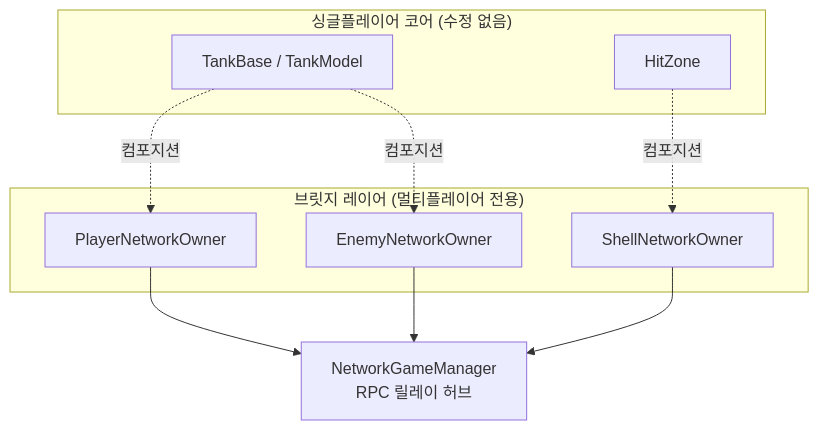
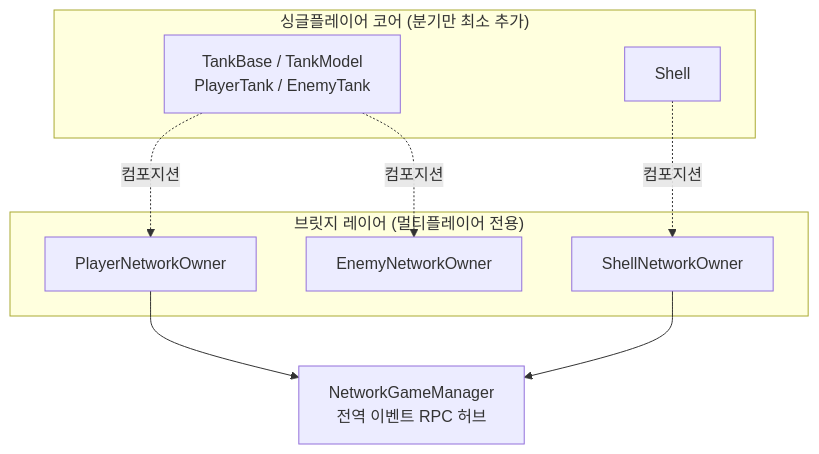
Before and after one commit to gesua/PanzerCity_scripts: the fifth of 9 diagrams in README.md, drawn with Mermaid. The commit also changed other lines of this file, not shown here.

````diff
--- a/README.md
+++ b/README.md
@@ -223,22 +366,21 @@
 ```mermaid
 flowchart TB
-    subgraph SP["싱글플레이어 코어 (수정 없음)"]
-        TankCore["TankBase / TankModel"]
-        HitZone["HitZone"]
+    subgraph SP["싱글플레이어 코어 (분기만 최소 추가)"]
+        TankCore["TankBase / TankModel<br/>PlayerTank / EnemyTank"]
+        ShellCore["Shell"]
     end
 
     subgraph MP["브릿지 레이어 (멀티플레이어 전용)"]
         PNO["PlayerNetworkOwner"]
         ENO["EnemyNetworkOwner"]
         SNO["ShellNetworkOwner"]
     end
 
-    NGM["NetworkGameManager<br/>RPC 릴레이 허브"]
+    NGM["NetworkGameManager<br/>전역 이벤트 RPC 허브"]
 
     TankCore -. 컴포지션 .-> PNO
     TankCore -. 컴포지션 .-> ENO
-    HitZone -. 컴포지션 .-> SNO
+    ShellCore -. 컴포지션 .-> SNO
     PNO --> NGM
-    ENO --> NGM
     SNO --> NGM
 ```
````
